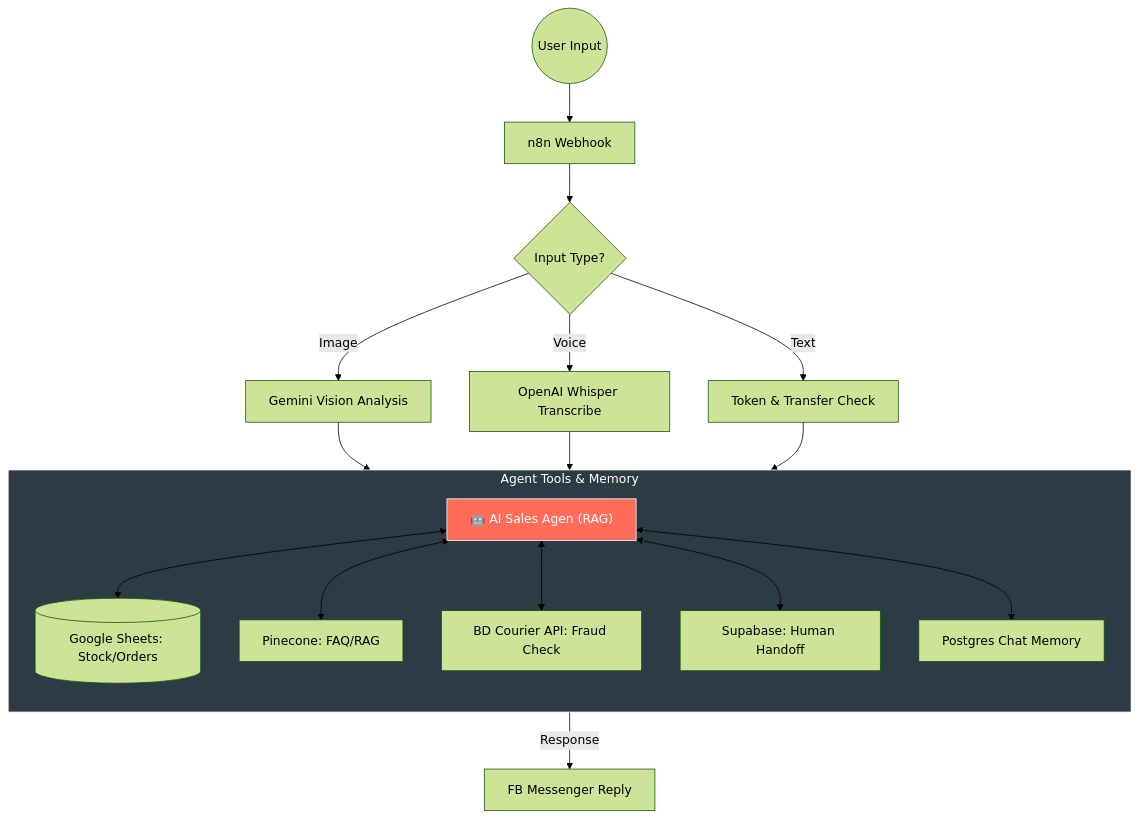
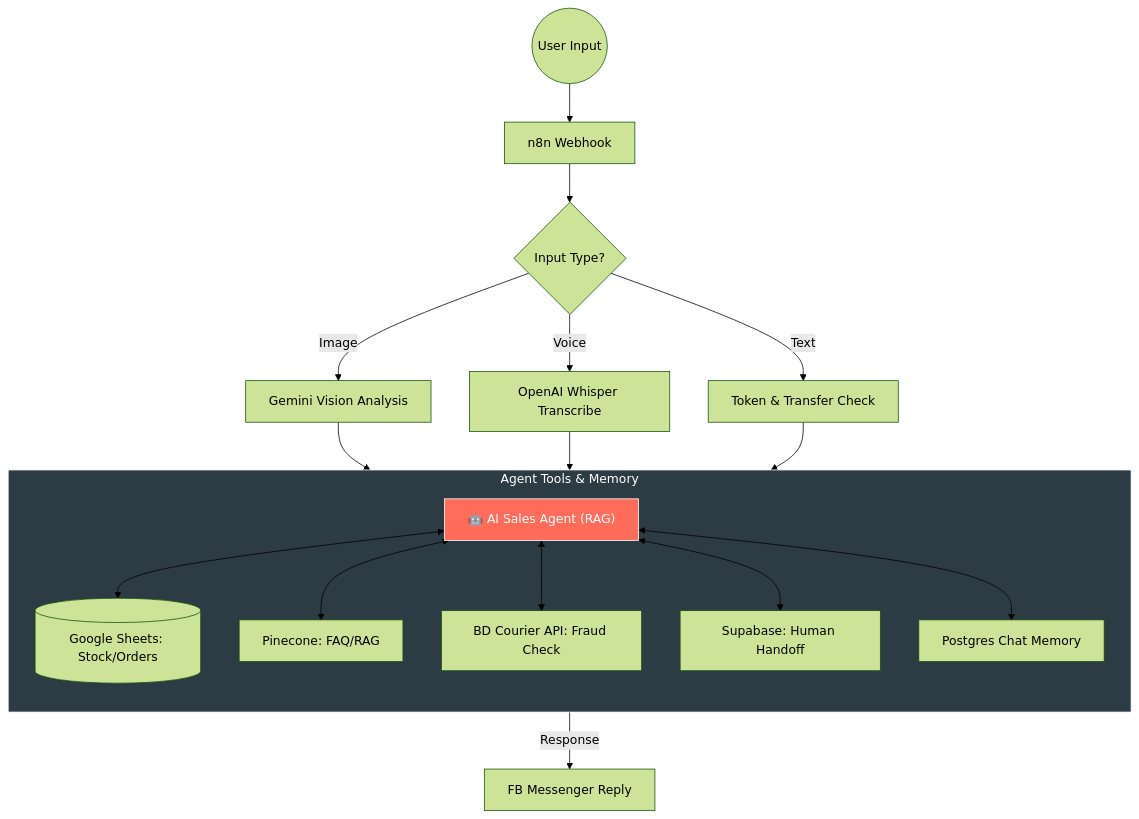
Before and after one commit to ubachan-ai/ubachan-ai: the third of 3 diagrams in README.md, drawn with Mermaid (forest theme).

````diff
--- a/README.md
+++ b/README.md
@@ -92,30 +92,30 @@
 ```mermaid
 graph TD
   User((User Input)) --> Webhook[n8n Webhook]
   Webhook --> Router{Input Type?}
   
   Router -->|Image| Vision[Gemini Vision Analysis]
   Router -->|Voice| Audio[OpenAI Whisper Transcribe]
   Router -->|Text| Token[Token & Transfer Check]
   
   Vision --> Agent
   Audio --> Agent
   Token --> Agent
   
-  Agent["🤖 AI Sales Agen (RAG)"]
+  Agent["🤖 AI Sales Agent (RAG)"]
   
   subgraph Tools [Agent Tools & Memory]
     direction TB
     Agent <--> GSheets[("Google Sheets: Stock/Orders")]
     Agent <--> Vector[Pinecone: FAQ/RAG]
     Agent <--> History[BD Courier API: Fraud Check]
     Agent <--> Handover[Supabase: Human Handoff]
     Agent <--> Memory[Postgres Chat Memory]
   end
   
   Agent -->|Response| Messenger[FB Messenger Reply]
   
   style Agent fill:#FF6D5A,color:#fff,stroke:#fff
   style Tools fill:#2D3B45,color:#fff,stroke:#fff
 
   ```
````
